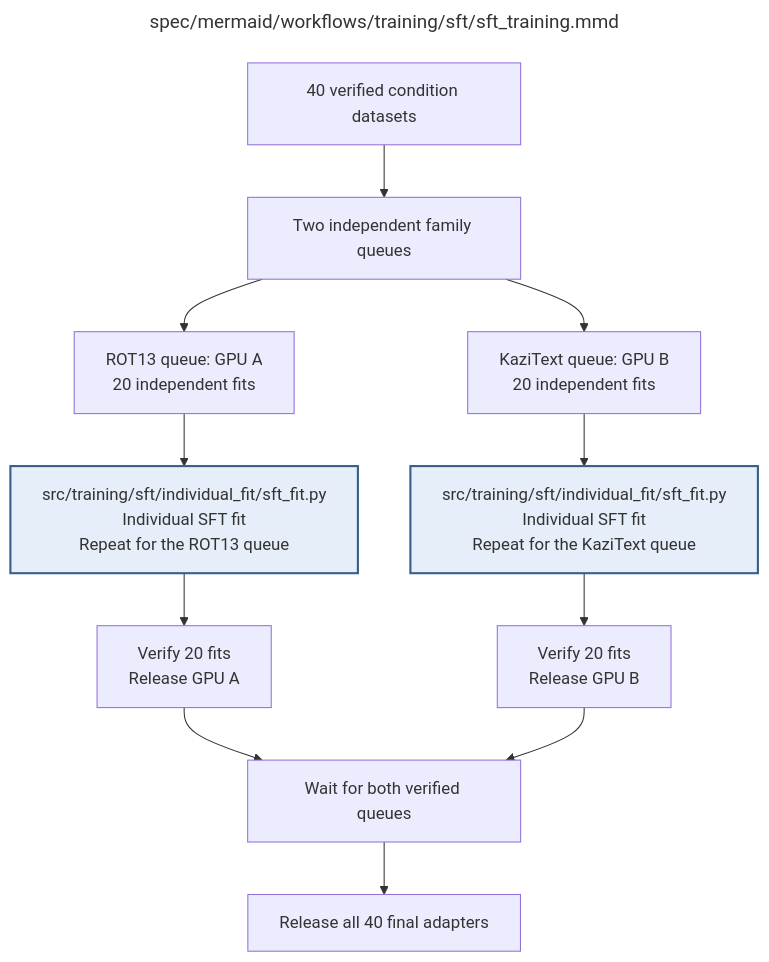
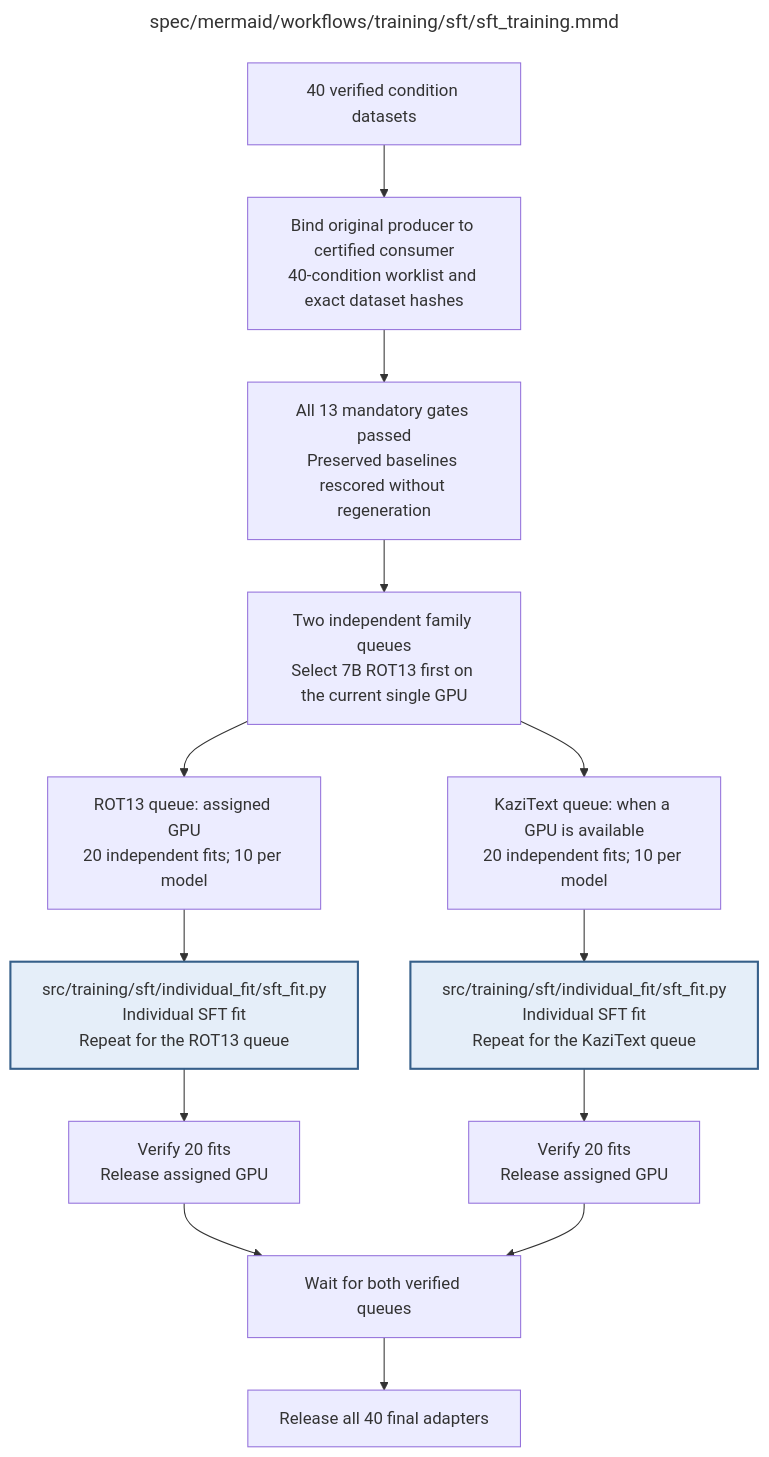
One commit to AJUNNYC/inducing_persistent_textual_chain_of_thought_illegibility changed the diagram in docs/modules/training/sft/sft_training.md. Above: the diagram before and after it, drawn with Mermaid. The commit also changed other lines of this file and 25 other files, not shown here.

Commit message:
Record repaired baselines and certified SFT launch readiness

````diff
--- a/docs/modules/training/sft/sft_training.md
+++ b/docs/modules/training/sft/sft_training.md
@@ -53,36 +55,41 @@
 ```mermaid
 ---
 title: "spec/mermaid/workflows/training/sft/sft_training.mmd"
 ---
 flowchart TD
 %% SFT training schedule
 %% Edit quoted node labels directly; this is native Mermaid source.
 %% Contract: ../../shared_procedures/recovery_procedure.mmd applies to execution failures.
 %% Each queue covers 7B and 14B at all 10 levels; fits are independent and start from untouched bases.
 %% Within each queue, select the next unfinished fit until all 20 are verified.
+%% Current certified launcher serializes selected model/levels on one GPU.
+%% Whole optimizer updates and full checkpoints must pass verified Drive barriers.
+%% Later adapter evaluation explicitly reuses the frozen vLLM measurement contract.
 %% A failed fit stops that queue and yields a partial report; the other queue may finish valid work.
 %% Child: ROTFIT => individual_fit/sft_fit.mmd
 %% Child: KAZFIT => individual_fit/sft_fit.mmd
     INPUT["40 verified condition datasets"]
-    PLAN["Two independent family queues"]
-    ROT["ROT13 queue: GPU A<br/>20 independent fits"]
-    KAZ["KaziText queue: GPU B<br/>20 independent fits"]
+    CERT["Bind original producer to certified consumer<br/>40-condition worklist and exact dataset hashes"]
+    GATES["All 13 mandatory gates passed<br/>Preserved baselines rescored without regeneration"]
+    PLAN["Two independent family queues<br/>Select 7B ROT13 first on the current single GPU"]
+    ROT["ROT13 queue: assigned GPU<br/>20 independent fits; 10 per model"]
+    KAZ["KaziText queue: when a GPU is available<br/>20 independent fits; 10 per model"]
     ROTFIT["src/training/sft/individual_fit/sft_fit.py<br/>Individual SFT fit<br/>Repeat for the ROT13 queue"]
     KAZFIT["src/training/sft/individual_fit/sft_fit.py<br/>Individual SFT fit<br/>Repeat for the KaziText queue"]
-    ROTDONE["Verify 20 fits<br/>Release GPU A"]
-    KAZDONE["Verify 20 fits<br/>Release GPU B"]
+    ROTDONE["Verify 20 fits<br/>Release assigned GPU"]
+    KAZDONE["Verify 20 fits<br/>Release assigned GPU"]
     WAIT["Wait for both verified queues"]
     OUT["Release all 40 final adapters"]
-    INPUT --> PLAN
+    INPUT --> CERT --> GATES --> PLAN
     PLAN --> ROT --> ROTFIT --> ROTDONE --> WAIT
     PLAN --> KAZ --> KAZFIT --> KAZDONE --> WAIT
     WAIT --> OUT
     classDef detail fill:#e5eef9,stroke:#365f8a,stroke-width:2px
     class ROTFIT,KAZFIT detail
 
 %% Repository module: src/training/sft/sft_training.py
 %% Module documentation: docs/modules/training/sft/sft_training.md
 %% Unit test: tests/unit/training/sft/test_sft_training.py
 %% Owner: sft
 %% Source sections: C.2; E.1.1–E.1.3; E.2.2,E.2.5
 ```
````
